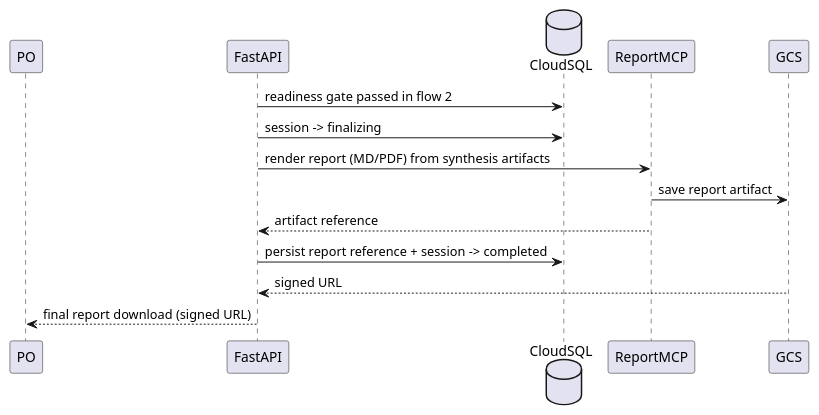
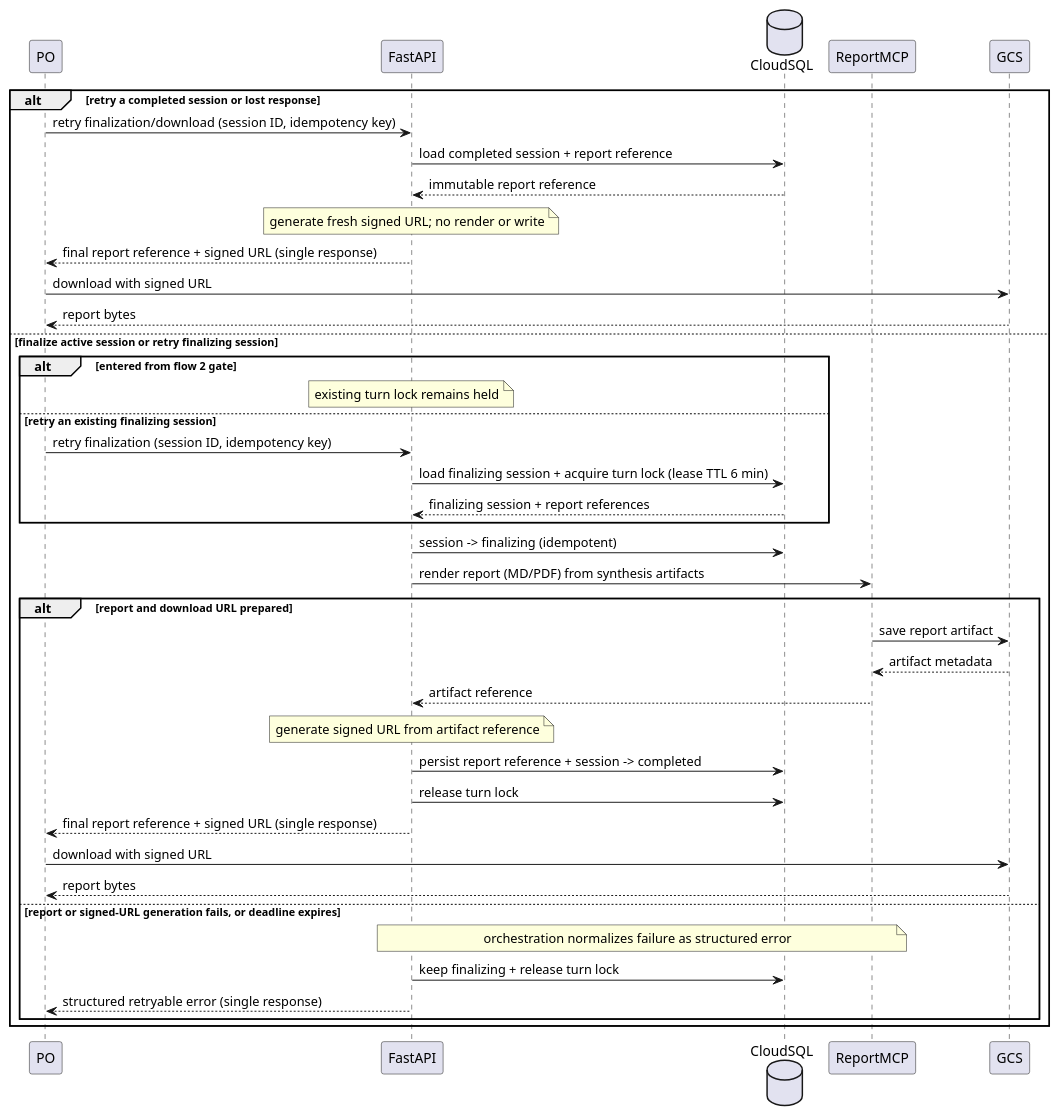
Before and after one commit to MMZ993/story-review: the diagram in docs/design/diagrams/flow3.puml, drawn with PlantUML. The commit also changed 9 other files, not shown here.

Commit message:
docs: harden gate precedence, finalization retries, mcp ownership and audit persistence

```diff
--- a/docs/design/diagrams/flow3.puml
+++ b/docs/design/diagrams/flow3.puml
@@ -1,15 +1,41 @@
 @startuml
 participant PO
 participant "FastAPI" as F
 database "CloudSQL" as C
 participant "ReportMCP" as R
 participant "GCS" as G
-F -> C: readiness gate passed in flow 2
-F -> C: session -> finalizing
+alt retry a completed session or lost response
+PO -> F: retry finalization/download (session ID, idempotency key)
+F -> C: load completed session + report reference
+C --> F: immutable report reference
+note over F: generate fresh signed URL; no render or write
+F --> PO: final report reference + signed URL (single response)
+PO -> G: download with signed URL
+G --> PO: report bytes
+else finalize active session or retry finalizing session
+alt entered from flow 2 gate
+note over F: existing turn lock remains held
+else retry an existing finalizing session
+PO -> F: retry finalization (session ID, idempotency key)
+F -> C: load finalizing session + acquire turn lock (lease TTL 6 min)
+C --> F: finalizing session + report references
+end
+F -> C: session -> finalizing (idempotent)
 F -> R: render report (MD/PDF) from synthesis artifacts
+alt report and download URL prepared
 R -> G: save report artifact
+G --> R: artifact metadata
 R --> F: artifact reference
+note over F: generate signed URL from artifact reference
 F -> C: persist report reference + session -> completed
-G --> F: signed URL
-F --> PO: final report download (signed URL)
+F -> C: release turn lock
+F --> PO: final report reference + signed URL (single response)
+PO -> G: download with signed URL
+G --> PO: report bytes
+else report or signed-URL generation fails, or deadline expires
+note over F,R: orchestration normalizes failure as structured error
+F -> C: keep finalizing + release turn lock
+F --> PO: structured retryable error (single response)
+end
+end
 @enduml
```
